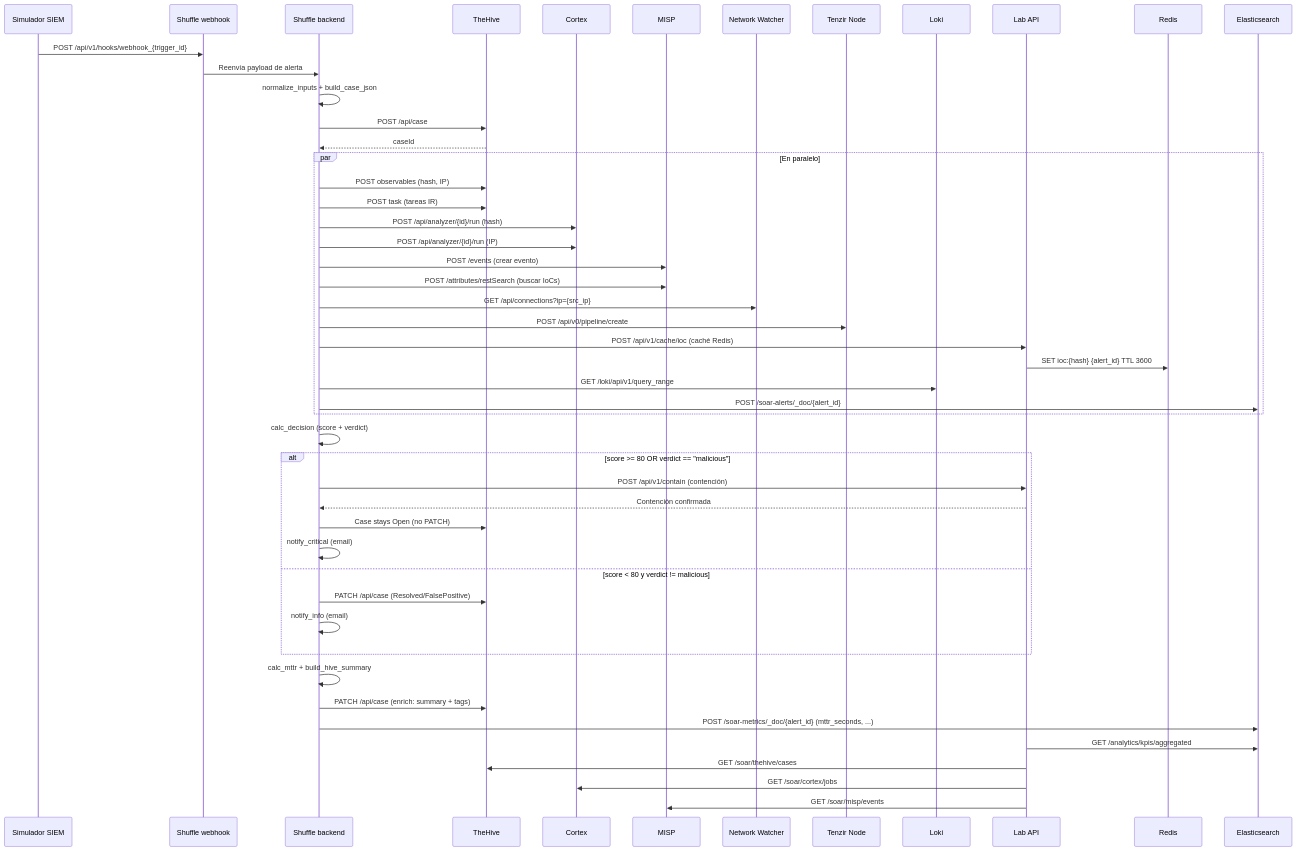
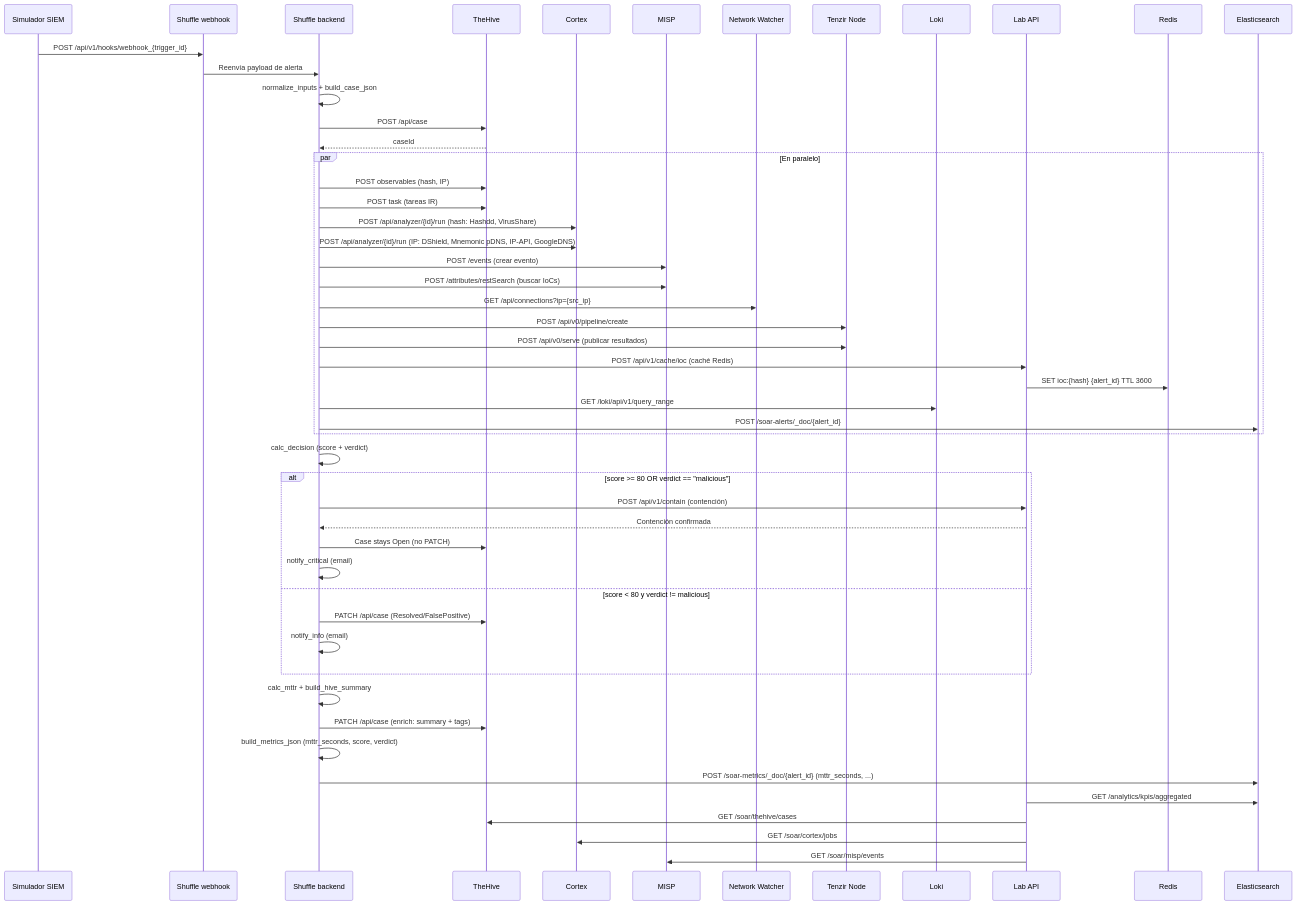
One commit to alesanfe/soar-ransomware-lab changed the fifth of 12 diagrams in docs/thesis/appendix_f.md. Above: the diagram before and after it, drawn with Mermaid. The commit also changed other lines of this file, not shown here.

````diff
--- a/docs/thesis/appendix_f.md
+++ b/docs/thesis/appendix_f.md
@@ -220,52 +244,54 @@
 ```mermaid
 sequenceDiagram
  participant Sim as Simulador SIEM
  participant Shuffle as Shuffle webhook
  participant Backend as Shuffle backend
  participant TheHive as TheHive
  participant Cortex as Cortex
  participant MISP as MISP
  participant NW as Network Watcher
  participant Tenzir as Tenzir Node
  participant Loki as Loki
  participant API as Lab API
  participant Redis as Redis
  participant ES as Elasticsearch
 
  Sim->>Shuffle: POST /api/v1/hooks/webhook_{trigger_id}
  Shuffle->>Backend: Reenvía payload de alerta
  Backend->>Backend: normalize_inputs + build_case_json
  Backend->>TheHive: POST /api/case
  TheHive-->>Backend: caseId
  par En paralelo
    Backend->>TheHive: POST observables (hash, IP)
    Backend->>TheHive: POST task (tareas IR)
-   Backend->>Cortex: POST /api/analyzer/{id}/run (hash)
-   Backend->>Cortex: POST /api/analyzer/{id}/run (IP)
+   Backend->>Cortex: POST /api/analyzer/{id}/run (hash: Hashdd, VirusShare)
+   Backend->>Cortex: POST /api/analyzer/{id}/run (IP: DShield, Mnemonic pDNS, IP-API, GoogleDNS)
    Backend->>MISP: POST /events (crear evento)
    Backend->>MISP: POST /attributes/restSearch (buscar IoCs)
    Backend->>NW: GET /api/connections?ip={src_ip}
    Backend->>Tenzir: POST /api/v0/pipeline/create
+   Backend->>Tenzir: POST /api/v0/serve (publicar resultados)
    Backend->>API: POST /api/v1/cache/ioc (caché Redis)
    API->>Redis: SET ioc:{hash} {alert_id} TTL 3600
    Backend->>Loki: GET /loki/api/v1/query_range
    Backend->>ES: POST /soar-alerts/_doc/{alert_id}
  end
  Backend->>Backend: calc_decision (score + verdict)
  alt score >= 80 OR verdict == "malicious"
    Backend->>API: POST /api/v1/contain (contención)
    API-->>Backend: Contención confirmada
    Backend->>TheHive: Case stays Open (no PATCH)
    Backend->>Backend: notify_critical (email)
  else score < 80 y verdict != malicious
    Backend->>TheHive: PATCH /api/case (Resolved/FalsePositive)
    Backend->>Backend: notify_info (email)
  end
  Backend->>Backend: calc_mttr + build_hive_summary
  Backend->>TheHive: PATCH /api/case (enrich: summary + tags)
+ Backend->>Backend: build_metrics_json (mttr_seconds, score, verdict)
  Backend->>ES: POST /soar-metrics/_doc/{alert_id} (mttr_seconds, ...)
  API->>ES: GET /analytics/kpis/aggregated
  API->>TheHive: GET /soar/thehive/cases
  API->>Cortex: GET /soar/cortex/jobs
  API->>MISP: GET /soar/misp/events
 ```
````
